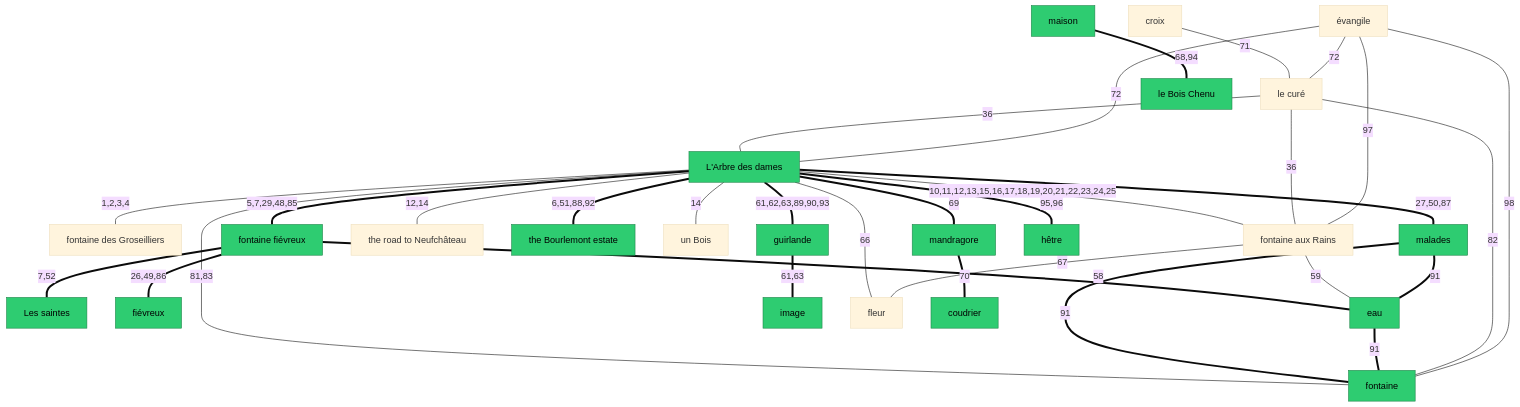
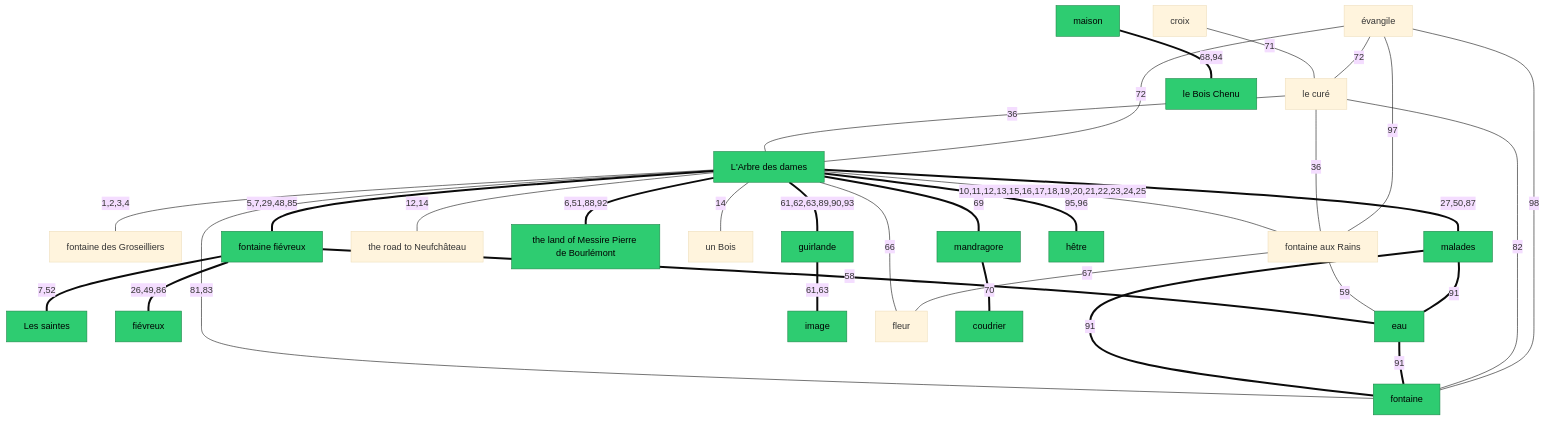
Before and after one commit to kitty-catt/the-location-of-the-arbre-des-dames-and-the-spring-of-joan-of-arc: the diagram in README.md, drawn with Mermaid (base theme). The commit also changed 2 other files, not shown here.

Commit message:
stay accurate

````diff
--- a/README.md
+++ b/README.md
@@ -39,62 +39,62 @@
 ```mermaid
 graph TD
     classDef jeanneSourced fill:#2ecc71,stroke:#1e8449,color:#000;
 
     N1["L'Arbre des dames"]
     N3["fontaine des Groseilliers"]
     N4["fontaine fiévreux"]
     N5["fontaine aux Rains"]
     N6["the road to Neufchâteau"]
-    N7["the Bourlemont estate"]
+    N7["the land of Messire Pierre de Bourlémont"]
     N8["un Bois"]
     N9["Les saintes"]
     N10["fiévreux"]
     N11["malades"]
     N13["le curé"]
     N19["fontaine"]
     N24["eau"]
     N26["guirlande"]
     N27["image"]
     N29["fleur"]
     N30["maison"]
     N31["mandragore"]
     N32["coudrier"]
     N33["croix"]
     N34["évangile"]
     N36["le Bois Chenu"]
     N38["hêtre"]
 
     N1 -- "1,2,3,4" --- N3
     N1 == "5,7,29,48,85" === N4
     N1 == "6,51,88,92" === N7
     N4 == "7,52" === N9
     N4 == "26,49,86" === N10
     N1 == "27,50,87" === N11
     N1 -- "10,11,12,13,15,16,17,18,19,20,21,22,23,24,25" --- N5
     N1 -- "12,14" --- N6
     N1 -- "14" --- N8
     N1 -- "81,83" --- N19
     N4 == "58" === N24
     N5 -- "59" --- N24
     N1 == "61,62,63,89,90,93" === N26
     N26 == "61,63" === N27
     N1 -- "66" --- N29
     N5 -- "67" --- N29
     N30 == "68,94" === N36
     N1 == "69" === N31
     N31 == "70" === N32
     N11 == "91" === N19
     N24 == "91" === N19
     N11 == "91" === N24
     N13 -- "36" --- N1
     N13 -- "36" --- N5
     N13 -- "82" --- N19
     N33 -- "71" --- N13
     N34 -- "72" --- N1
     N34 -- "72" --- N13
     N34 -- "97" --- N5
     N34 -- "98" --- N19
     N1 == "95,96" === N38
 
     class N1,N4,N7,N9,N10,N11,N19,N24,N26,N27,N30,N31,N32,N36,N38 jeanneSourced
 ```
````
